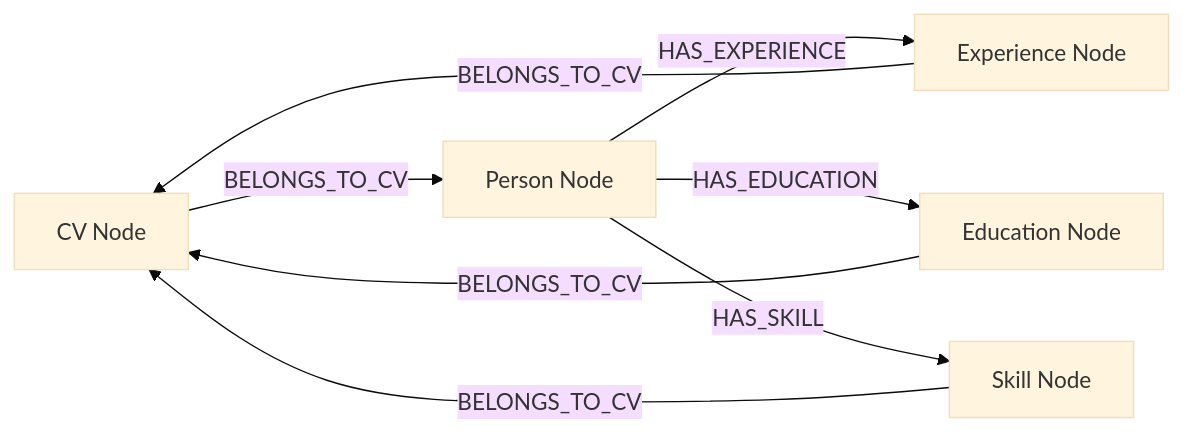
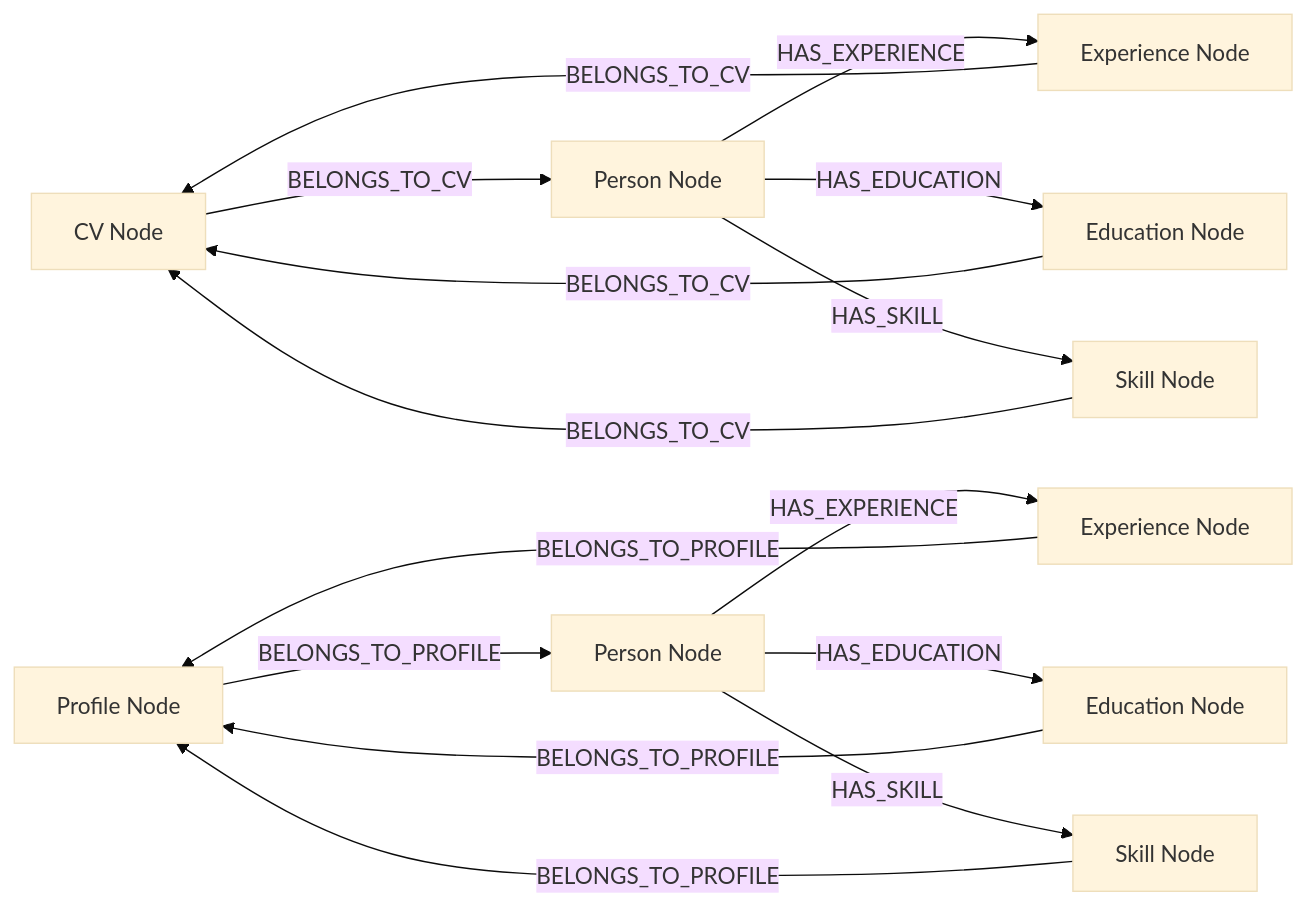
One commit to cocodedk/cv-generator changed the diagram in docs/backend/database-schema.md. Above: the diagram before and after it, drawn with Mermaid (base theme). The commit also changed other lines of this file and 19 other files, not shown here.

````diff
--- a/docs/backend/database-schema.md
+++ b/docs/backend/database-schema.md
@@ -7,10 +7,17 @@
 ```mermaid
 graph LR
     CV[CV Node] -->|BELONGS_TO_CV| Person[Person Node]
     Person -->|HAS_EXPERIENCE| Exp[Experience Node]
     Person -->|HAS_EDUCATION| Edu[Education Node]
     Person -->|HAS_SKILL| Skill[Skill Node]
     Exp -->|BELONGS_TO_CV| CV
     Edu -->|BELONGS_TO_CV| CV
     Skill -->|BELONGS_TO_CV| CV
+    Profile[Profile Node] -->|BELONGS_TO_PROFILE| Person2[Person Node]
+    Person2 -->|HAS_EXPERIENCE| Exp2[Experience Node]
+    Person2 -->|HAS_EDUCATION| Edu2[Education Node]
+    Person2 -->|HAS_SKILL| Skill2[Skill Node]
+    Exp2 -->|BELONGS_TO_PROFILE| Profile
+    Edu2 -->|BELONGS_TO_PROFILE| Profile
+    Skill2 -->|BELONGS_TO_PROFILE| Profile
 ```
````
